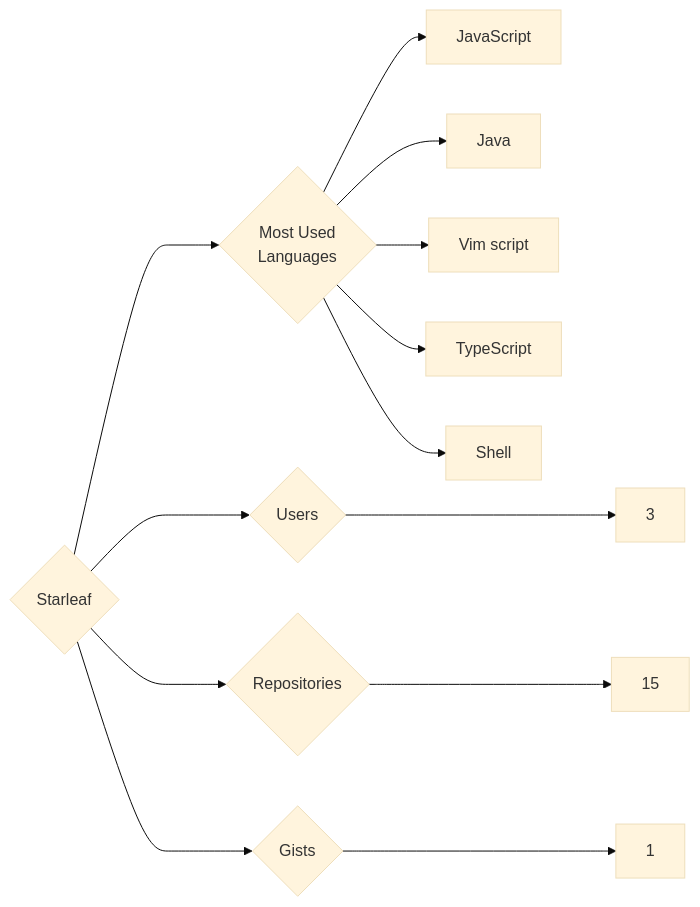
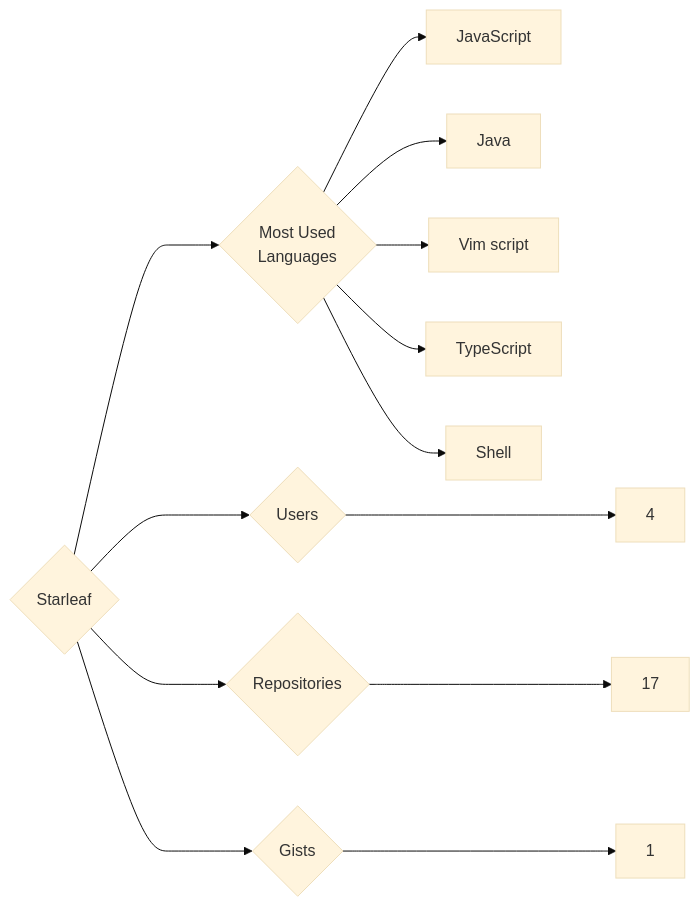
One commit to trickest/insiders changed the diagram in targets/Starleaf/README.md. Above: the diagram before and after it, drawn with Mermaid (base theme). The commit also changed 928 other files, not shown here.

````diff
--- a/targets/Starleaf/README.md
+++ b/targets/Starleaf/README.md
@@ -3,13 +3,13 @@
 ```mermaid
 graph LR
 COMPANY_NAME{Starleaf}
-COMPANY_NAME ---> U{Users} ---> UN[3]
-COMPANY_NAME ---> R{Repositories} ---> RN[15]
+COMPANY_NAME ---> U{Users} ---> UN[4]
+COMPANY_NAME ---> R{Repositories} ---> RN[17]
 COMPANY_NAME ---> G{Gists} ---> GN[1]
 COMPANY_NAME ---> ML{Most Used<br>Languages}
 ML --> JavaScript[JavaScript]
 ML --> Java[Java]
 ML --> Vim_script[Vim script]
 ML --> TypeScript[TypeScript]
 ML --> Shell[Shell]
 ```
````
